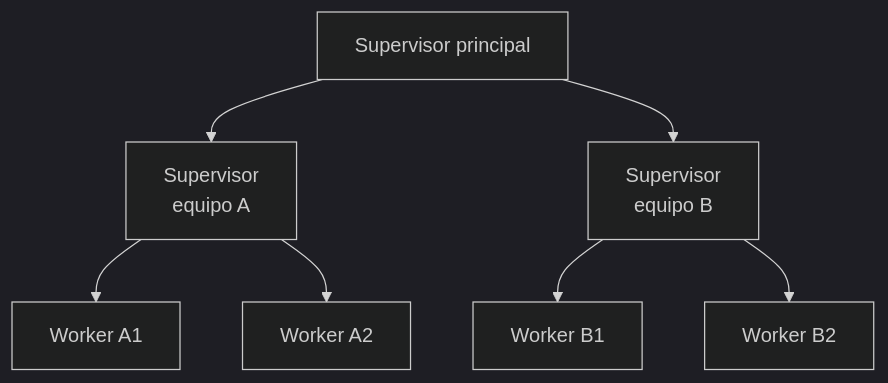
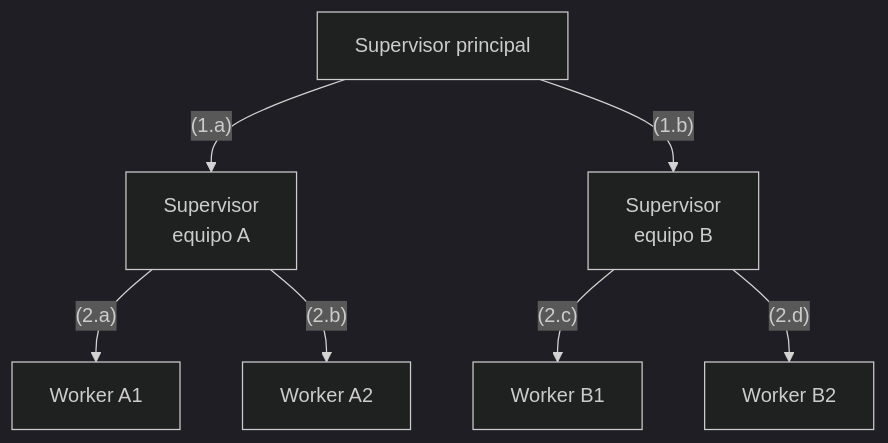
One commit to whinedo/ai-docs changed diagram 14 of 47 in md/Patrones aplicados al desarrollo de agentes.md. Above: the diagram before and after it, drawn with Mermaid (dark theme). The commit also changed other lines of this file and 12 other files, not shown here.

````diff
--- a/md/Patrones aplicados al desarrollo de agentes.md
+++ b/md/Patrones aplicados al desarrollo de agentes.md
@@ -509,9 +647,9 @@
 ```mermaid
 flowchart TB
-  T["Supervisor principal"] --> A["Supervisor<br/>equipo A"]
-  T --> B["Supervisor<br/>equipo B"]
-  A --> A1["Worker A1"]
-  A --> A2["Worker A2"]
-  B --> B1["Worker B1"]
-  B --> B2["Worker B2"]
+  T["Supervisor principal"] -- "(1.a)" --> A["Supervisor<br/>equipo A"]
+  T -- "(1.b)" --> B["Supervisor<br/>equipo B"]
+  A -- "(2.a)" --> A1["Worker A1"]
+  A -- "(2.b)" --> A2["Worker A2"]
+  B -- "(2.c)" --> B1["Worker B1"]
+  B -- "(2.d)" --> B2["Worker B2"]
 ```
````
